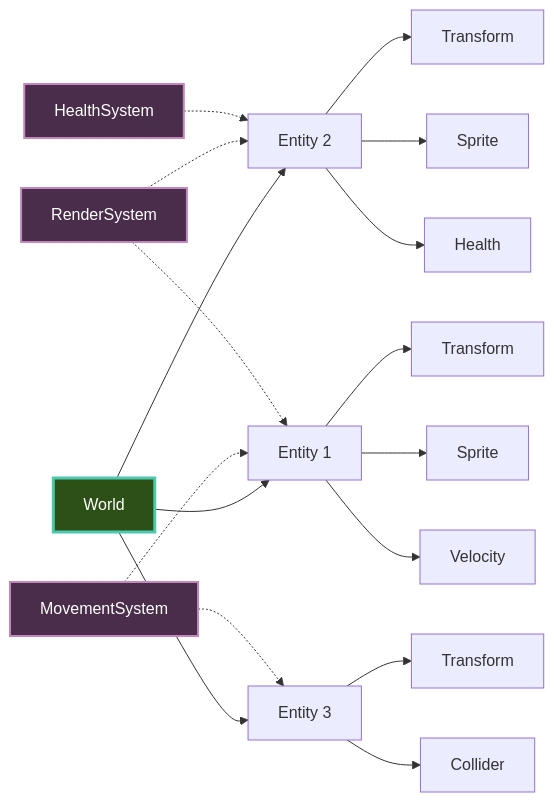
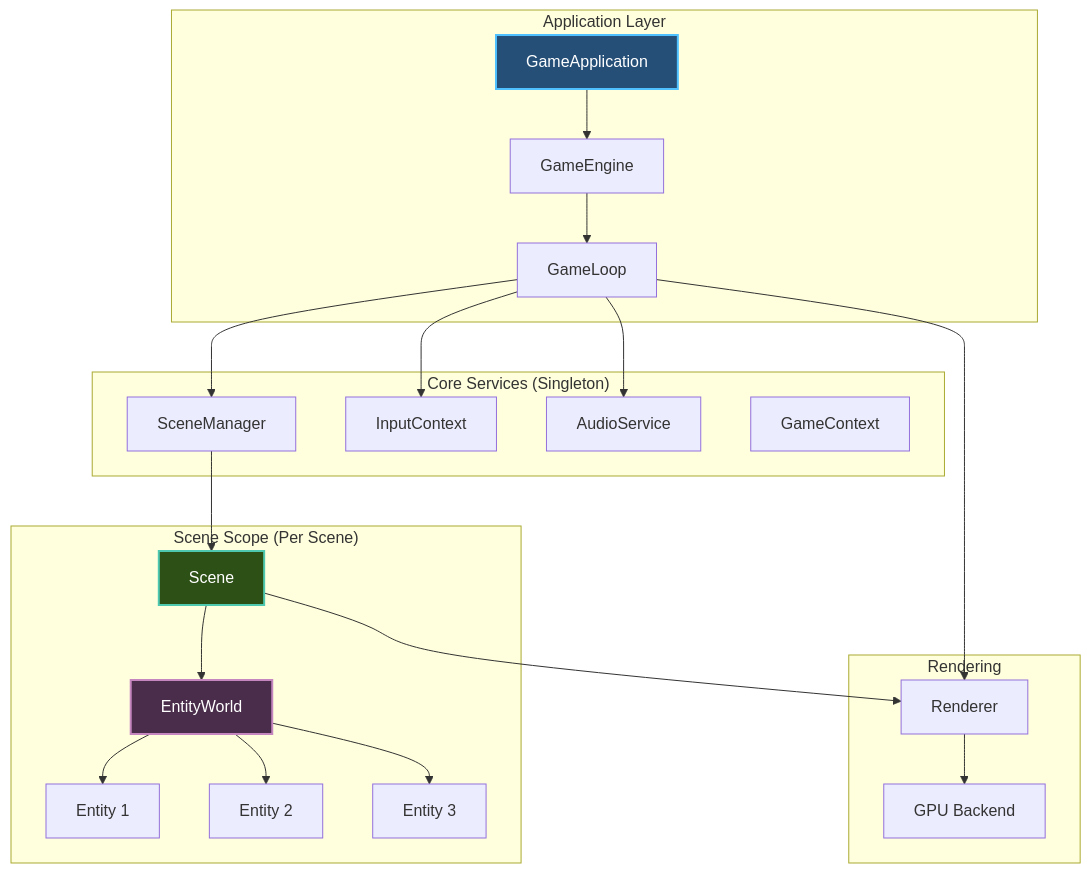
One commit to CrazyPickleStudios/Brine2D-Documentation changed the first of 4 diagrams in docs/concepts/architecture.md. Above: the diagram before and after it, drawn with Mermaid. The commit also changed other lines of this file and 8 other files, not shown here.

````diff
--- a/docs/concepts/architecture.md
+++ b/docs/concepts/architecture.md
@@ -411,28 +26,48 @@
-```mermaid
-graph LR
-    A[World] --> B[Entity 1]
-    A --> C[Entity 2]
-    A --> D[Entity 3]
+~~~mermaid
+graph TB
+    subgraph Application["Application Layer"]
+        GA[GameApplication]
+        GE[GameEngine]
+        GL[GameLoop]
+    end
     
-    B --> B1[Transform]
-    B --> B2[Sprite]
-    B --> B3[Velocity]
+    subgraph Core["Core Services (Singleton)"]
+        SM[SceneManager]
+        IC[InputContext]
+        AS[AudioService]
+        GC[GameContext]
+    end
     
-    C --> C1[Transform]
-    C --> C2[Sprite]
-    C --> C3[Health]
+    subgraph Scene["Scene Scope (Per Scene)"]
+        S[Scene]
+        EW[EntityWorld]
+        E1[Entity 1]
+        E2[Entity 2]
+        E3[Entity 3]
+    end
     
-    D --> D1[Transform]
-    D --> D2[Collider]
+    subgraph Rendering["Rendering"]
+        R[Renderer]
+        GPU[GPU Backend]
+    end
     
-    E[MovementSystem] -.-> B
-    E -.-> D
-    F[RenderSystem] -.-> B
-    F -.-> C
-    G[HealthSystem] -.-> C
+    GA --> GE
+    GE --> GL
+    GL --> SM
+    GL --> IC
+    GL --> AS
+    GL --> R
     
-    style A fill:#2d5016,stroke:#4ec9b0,stroke-width:3px,color:#fff
-    style E fill:#4a2d4a,stroke:#c586c0,stroke-width:2px,color:#fff
-    style F fill:#4a2d4a,stroke:#c586c0,stroke-width:2px,color:#fff
-    style G fill:#4a2d4a,stroke:#c586c0,stroke-width:2px,color:#fff
-```
+    SM --> S
+    S --> EW
+    EW --> E1
+    EW --> E2
+    EW --> E3
+    
+    S --> R
+    R --> GPU
+    
+    style GA fill:#264f78,stroke:#4fc1ff,stroke-width:2px,color:#fff
+    style S fill:#2d5016,stroke:#4ec9b0,stroke-width:2px,color:#fff
+    style EW fill:#4a2d4a,stroke:#c586c0,stroke-width:2px,color:#fff
+~~~
````
